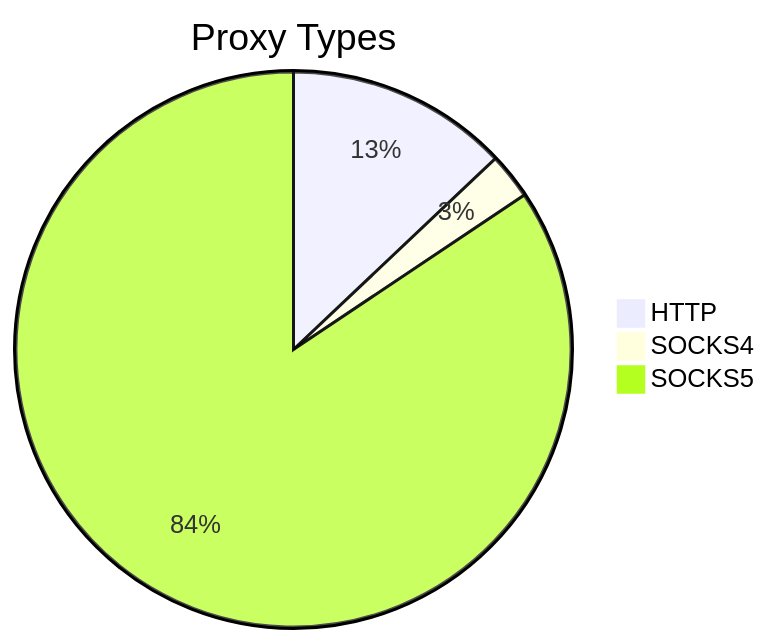
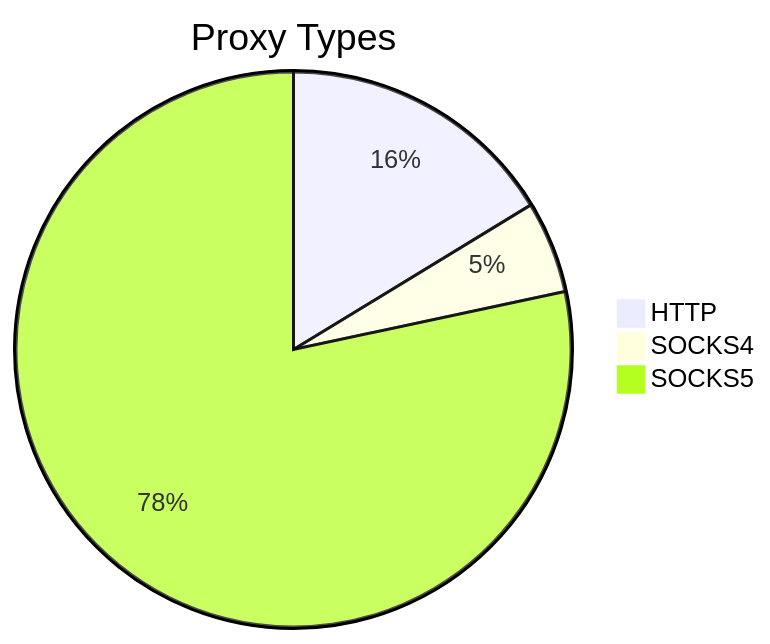
The first of 2 diagrams in README.md (stormsia/proxy-list), drawn with Mermaid before and after one commit. The commit also changed other lines of this file, not shown here.

````diff
--- a/README.md
+++ b/README.md
@@ -21,6 +21,6 @@
 ```mermaid
 pie title Proxy Types
-    "HTTP" : 334
-    "SOCKS4" : 69
-    "SOCKS5" : 2178
+    "HTTP" : 377
+    "SOCKS4" : 124
+    "SOCKS5" : 1813
 ```
````
